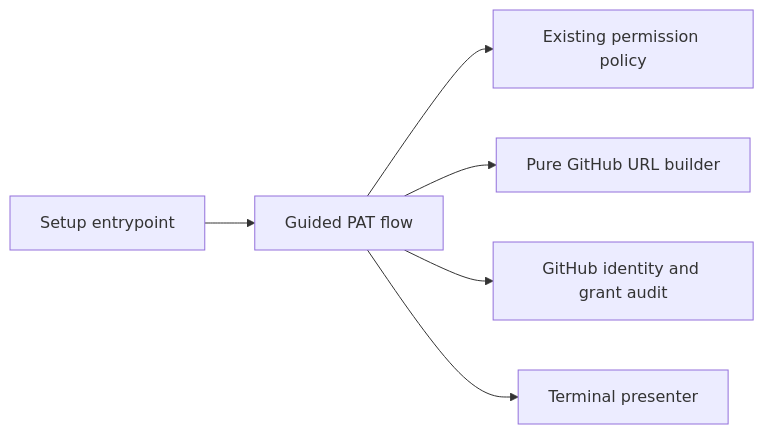
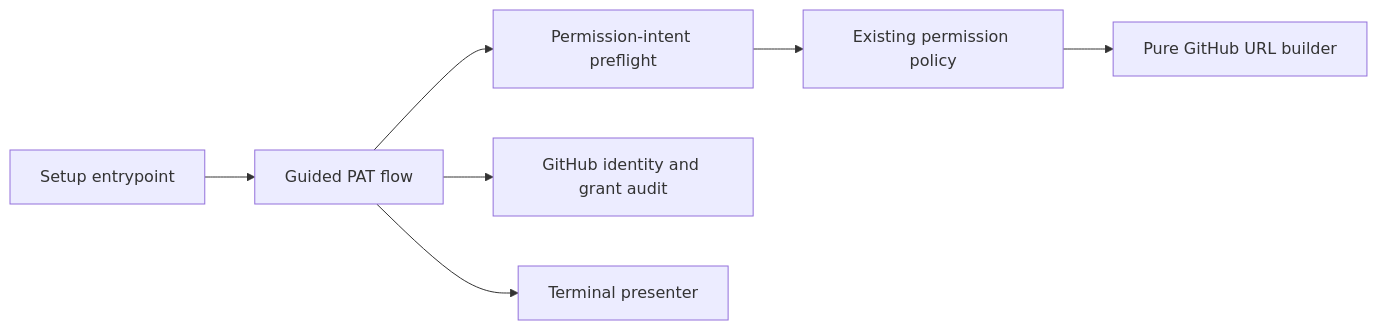
The second of 2 diagrams in specs/temporary-setup-operator-authorization.md (vypdev/copilot), drawn with Mermaid before and after one commit. The commit also changed other lines of this file and 22 other files, not shown here.

Commit message:
codex-setup-temporary-github-auth: Guide setup PAT grants from preflight intent

````diff
--- a/specs/temporary-setup-operator-authorization.md
+++ b/specs/temporary-setup-operator-authorization.md
@@ -250,8 +359,9 @@
 ```mermaid
 flowchart LR
     E[Setup entrypoint] --> A[Guided PAT flow]
-    A --> P[Existing permission policy]
-    A --> B[Pure GitHub URL builder]
+    A --> I[Permission-intent preflight]
+    I --> P[Existing permission policy]
+    P --> B[Pure GitHub URL builder]
     A --> V[GitHub identity and grant audit]
     A --> T[Terminal presenter]
 ```
````
